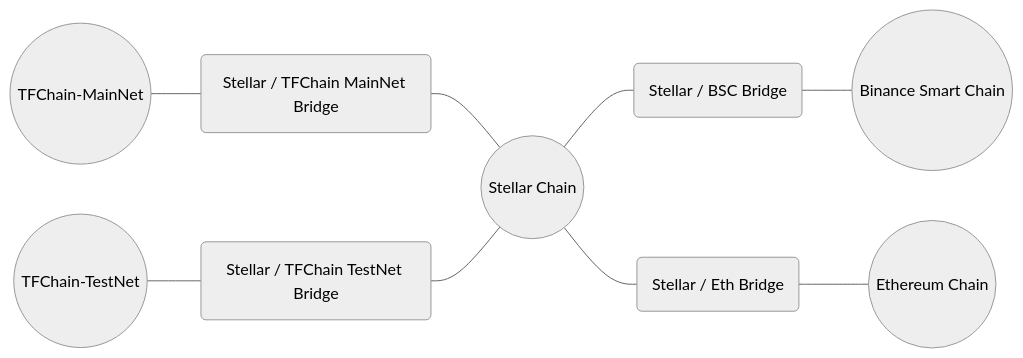
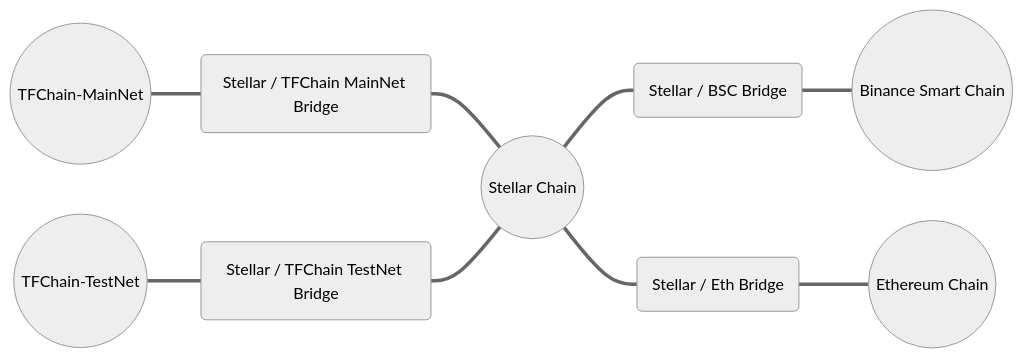
One commit to threefoldtech/info_grid changed the diagram in src/threefold_token/tft_bridges/tft_bridges.md. Above: the diagram before and after it, drawn with Mermaid (neutral theme).

Commit message:
tft bridge, set bigger lines in mermaid diagram

````diff
--- a/src/threefold_token/tft_bridges/tft_bridges.md
+++ b/src/threefold_token/tft_bridges/tft_bridges.md
@@ -15,14 +15,14 @@
 ```mermaid
 
 graph LR
-    A((TFChain-MainNet)) --- id1(Stellar / TFChain MainNet Bridge) --- B((Stellar Chain));
-    C((TFChain-TestNet)) --- id2(Stellar / TFChain TestNet Bridge) --- B((Stellar Chain));
-    B((Stellar Chain)) --- id3(Stellar / BSC Bridge) --- E((Binance Smart Chain));
-    B((Stellar Chain)) --- id4(Stellar / Eth Bridge) --- D((Ethereum Chain));
+    A((TFChain-MainNet)) === id1(Stellar / TFChain MainNet Bridge) === B((Stellar Chain));
+    C((TFChain-TestNet)) === id2(Stellar / TFChain TestNet Bridge) === B((Stellar Chain));
+    B((Stellar Chain)) === id3(Stellar / BSC Bridge) === E((Binance Smart Chain));
+    B((Stellar Chain)) === id4(Stellar / Eth Bridge) === D((Ethereum Chain));
 
     click id1 "./tfchain_stellar_bridge.html"
     click id2 "./tfchain_stellar_bridge.html"
     click id3 "./bsc_stellar_bridge.html"
     click id4 "./tft_ethereum/tft_ethereum.html"
 
 ```
````
